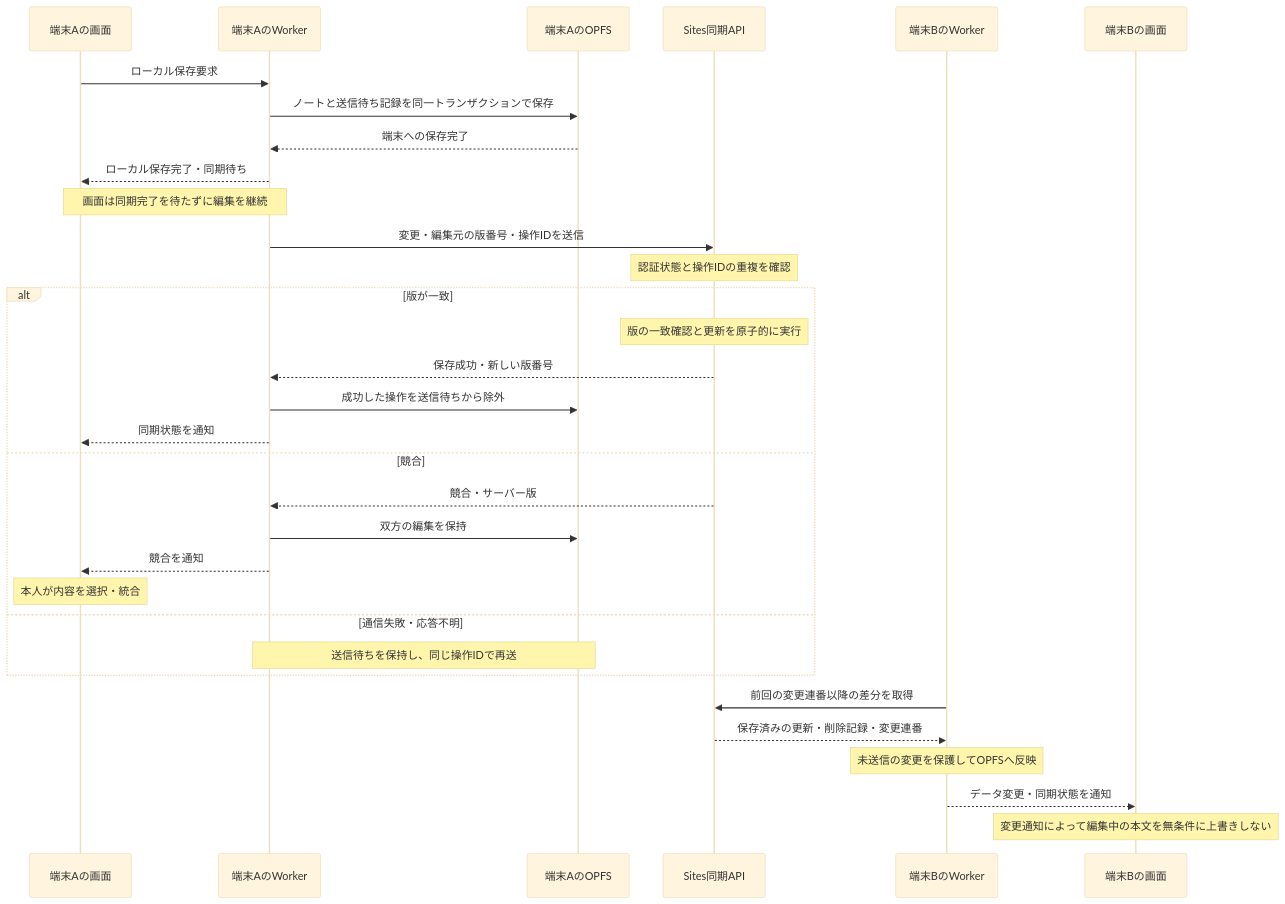
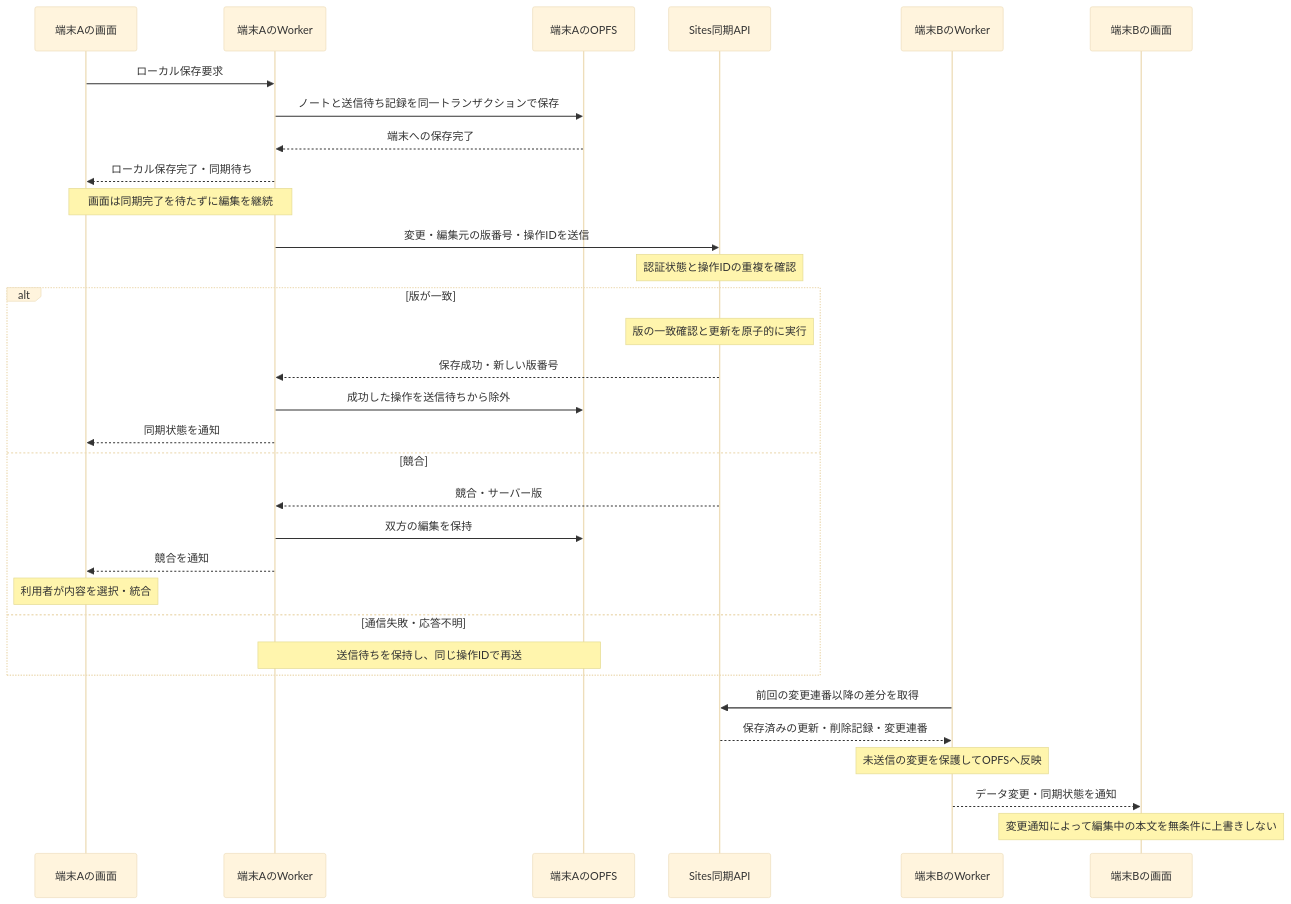
Before and after one commit to oshikiri/planty-wiki: the second of 2 diagrams in docs/Cloud Sync.md, drawn with Mermaid (base theme). The commit also changed other lines of this file and 5 other files, not shown here.

````diff
--- a/docs/Cloud Sync.md
+++ b/docs/Cloud Sync.md
@@ -53,34 +58,34 @@
 ```mermaid
 sequenceDiagram
     participant U as 端末Aの画面
     participant A as 端末AのWorker
     participant L as 端末AのOPFS
     participant S as Sites同期API
     participant B as 端末BのWorker
     participant V as 端末Bの画面
     U->>A: ローカル保存要求
     A->>L: ノートと送信待ち記録を同一トランザクションで保存
     L-->>A: 端末への保存完了
     A-->>U: ローカル保存完了・同期待ち
     Note over U,A: 画面は同期完了を待たずに編集を継続
     A->>S: 変更・編集元の版番号・操作IDを送信
     Note over S: 認証状態と操作IDの重複を確認
     alt 版が一致
         Note over S: 版の一致確認と更新を原子的に実行
         S-->>A: 保存成功・新しい版番号
         A->>L: 成功した操作を送信待ちから除外
         A-->>U: 同期状態を通知
     else 競合
         S-->>A: 競合・サーバー版
         A->>L: 双方の編集を保持
         A-->>U: 競合を通知
-        Note over U: 本人が内容を選択・統合
+        Note over U: 利用者が内容を選択・統合
     else 通信失敗・応答不明
         Note over A,L: 送信待ちを保持し、同じ操作IDで再送
     end
     B->>S: 前回の変更連番以降の差分を取得
     S-->>B: 保存済みの更新・削除記録・変更連番
     Note over B: 未送信の変更を保護してOPFSへ反映
     B-->>V: データ変更・同期状態を通知
     Note over V: 変更通知によって編集中の本文を無条件に上書きしない
 ```
````
